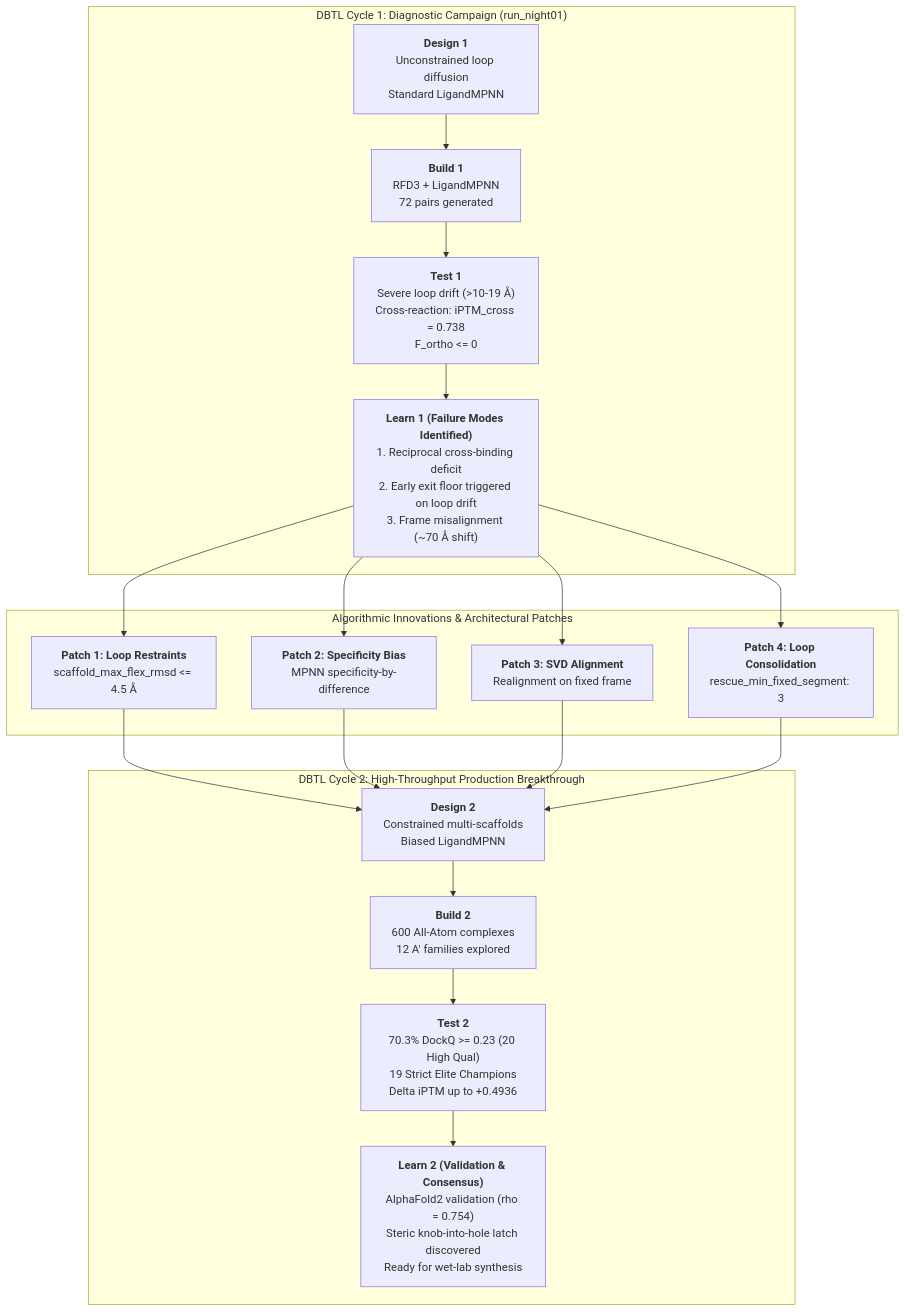
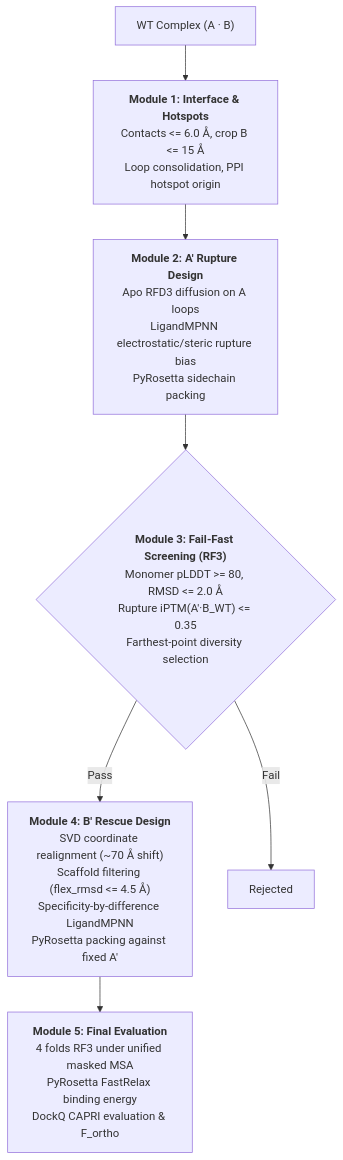
The diagram in wiki/model.md (robinchatras0-blip/OrthoPPInterface), drawn with Mermaid before and after one commit. The commit also changed other lines of this file and 4 other files, not shown here.

````diff
--- a/wiki/model.md
+++ b/wiki/model.md
@@ -253,22 +143,9 @@
 ```mermaid
 flowchart TD
-    subgraph Cycle1 ["DBTL Cycle 1: Diagnostic Campaign (run_night01)"]
-        D1["<b>Design 1</b><br/>Unconstrained loop diffusion<br/>Standard LigandMPNN"] --> B1["<b>Build 1</b><br/>RFD3 + LigandMPNN<br/>72 pairs generated"]
-        B1 --> T1["<b>Test 1</b><br/>Severe loop drift (>10-19 Å)<br/>Cross-reaction: iPTM_cross = 0.738<br/>F_ortho <= 0"]
-        T1 --> L1["<b>Learn 1 (Failure Modes Identified)</b><br/>1. Reciprocal cross-binding deficit<br/>2. Early exit floor triggered on loop drift<br/>3. Frame misalignment (~70 Å shift)"]
-    end
-
-    subgraph Patches ["Algorithmic Innovations & Architectural Patches"]
-        L1 --> P1["<b>Patch 1: Loop Restraints</b><br/>scaffold_max_flex_rmsd <= 4.5 Å"]
-        L1 --> P2["<b>Patch 2: Specificity Bias</b><br/>MPNN specificity-by-difference"]
-        L1 --> P3["<b>Patch 3: SVD Alignment</b><br/>Realignment on fixed frame"]
-        L1 --> P4["<b>Patch 4: Loop Consolidation</b><br/>rescue_min_fixed_segment: 3"]
-    end
-
-    subgraph Cycle2 ["DBTL Cycle 2: High-Throughput Production Breakthrough"]
-        P1 & P2 & P3 & P4 --> D2["<b>Design 2</b><br/>Constrained multi-scaffolds<br/>Biased LigandMPNN"]
-        D2 --> B2["<b>Build 2</b><br/>600 All-Atom complexes<br/>12 A' families explored"]
-        B2 --> T2["<b>Test 2</b><br/>70.3% DockQ >= 0.23 (20 High Qual)<br/>19 Strict Elite Champions<br/>Delta iPTM up to +0.4936"]
-        T2 --> L2["<b>Learn 2 (Validation & Consensus)</b><br/>AlphaFold2 validation (rho = 0.754)<br/>Steric knob-into-hole latch discovered<br/>Ready for wet-lab synthesis"]
-    end
+    WT["WT Complex (A · B)"] --> M1["<b>Module 1: Interface & Hotspots</b><br/>Contacts <= 6.0 Å, crop B <= 15 Å<br/>Loop consolidation, PPI hotspot origin"]
+    M1 --> M2["<b>Module 2: A' Rupture Design</b><br/>Apo RFD3 diffusion on A loops<br/>LigandMPNN electrostatic/steric rupture bias<br/>PyRosetta sidechain packing"]
+    M2 --> M3{"<b>Module 3: Fail-Fast Screening (RF3)</b><br/>Monomer pLDDT >= 80, RMSD <= 2.0 Å<br/>Rupture iPTM(A'·B_WT) <= 0.35<br/>Farthest-point diversity selection"}
+    M3 -- Pass --> M4["<b>Module 4: B' Rescue Design</b><br/>SVD coordinate realignment (~70 Å shift)<br/>Scaffold filtering (flex_rmsd <= 4.5 Å)<br/>Specificity-by-difference LigandMPNN<br/>PyRosetta packing against fixed A'"]
+    M3 -- Fail --> Drop["Rejected"]
+    M4 --> M5["<b>Module 5: Final Evaluation</b><br/>4 folds RF3 under unified masked MSA<br/>PyRosetta FastRelax binding energy<br/>DockQ CAPRI evaluation & F_ortho"]
 ```
````
